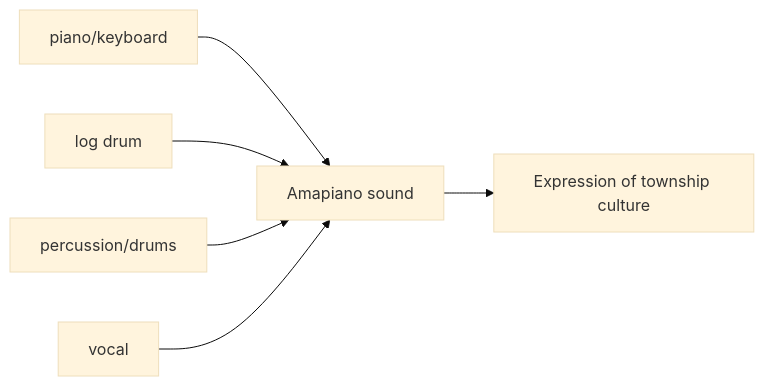
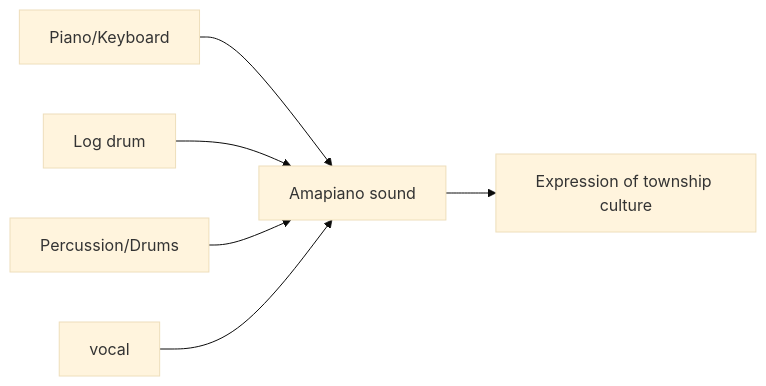
Before and after one commit to monumental-movement/monumental-movement.github.io: the first of 8 diagrams in en/_posts/2025-11-30-column-south-african-amapiano.md, drawn with Mermaid (base theme). The commit also changed other lines of this file and 528 other files, not shown here.

```diff
--- a/en/_posts/2025-11-30-column-south-african-amapiano.md
+++ b/en/_posts/2025-11-30-column-south-african-amapiano.md
@@ -68,8 +69,8 @@
 <div class="mermaid">
 graph LR
-    P[piano/keyboard] --> S[Amapiano sound]
-    L[log drum] --> S
-    D[percussion/drums] --> S
-    V[vocal] --> S
-    S --> G[Expression of township culture]
+    P["Piano/Keyboard"] --> S["Amapiano sound"]
+    L["Log drum"] --> S
+    D["Percussion/Drums"] --> S
+    V["vocal"] --> S
+    S --> G["Expression of township culture"]
 </div>
```
